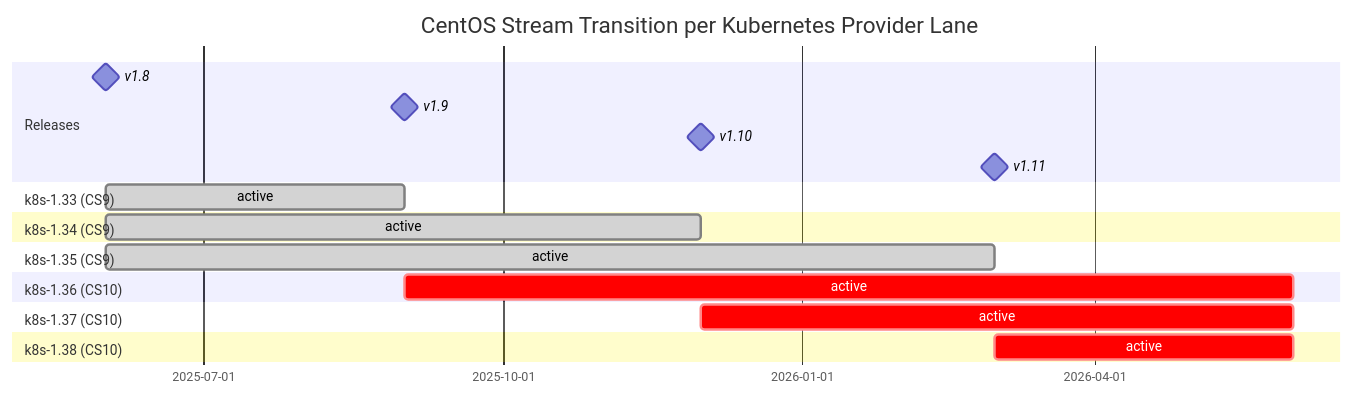
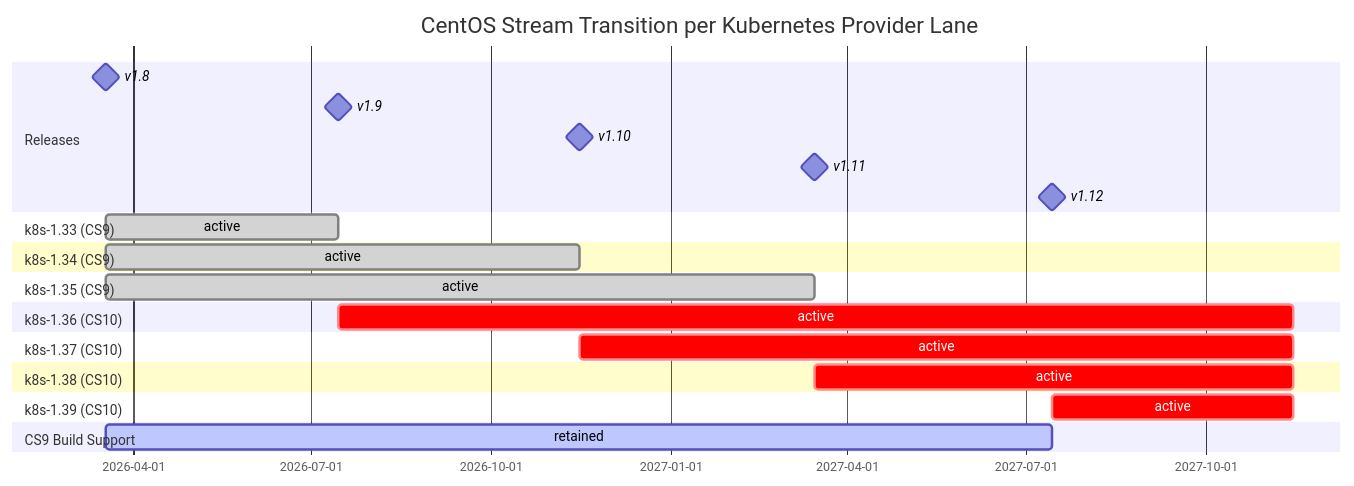
The diagram in veps/sig-compute/210-centos-stream-10/vep.md (kubevirt/enhancements), drawn with Mermaid before and after one commit. The commit also changed other lines of this file, not shown here.

First line of the commit message:
VEP 210: Fix Gantt chart release dates

````diff
--- a/veps/sig-compute/210-centos-stream-10/vep.md
+++ b/veps/sig-compute/210-centos-stream-10/vep.md
@@ -129,31 +131,38 @@
 ```mermaid
 gantt
     title CentOS Stream Transition per Kubernetes Provider Lane
     dateFormat YYYY-MM-DD
     tickInterval 3month
     todayMarker off
 
     section Releases
-    v1.8            :milestone, m1, 2025-06-01, 0d
-    v1.9            :milestone, m2, 2025-09-01, 0d
-    v1.10           :milestone, m3, 2025-12-01, 0d
-    v1.11           :milestone, m4, 2026-03-01, 0d
+    v1.8            :milestone, m1, 2026-03-18, 0d
+    v1.9            :milestone, m2, 2026-07-15, 0d
+    v1.10           :milestone, m3, 2026-11-15, 0d
+    v1.11           :milestone, m4, 2027-03-15, 0d
+    v1.12           :milestone, m5, 2027-07-15, 0d
 
     section k8s-1.33 (CS9)
-    active          :done, 2025-06-01, 2025-09-01
+    active          :done, 2026-03-18, 2026-07-15
 
     section k8s-1.34 (CS9)
-    active          :done, 2025-06-01, 2025-12-01
+    active          :done, 2026-03-18, 2026-11-15
 
     section k8s-1.35 (CS9)
-    active          :done, 2025-06-01, 2026-03-01
+    active          :done, 2026-03-18, 2027-03-15
 
     section k8s-1.36 (CS10)
-    active          :crit, 2025-09-01, 2026-06-01
+    active          :crit, 2026-07-15, 2027-11-15
 
     section k8s-1.37 (CS10)
-    active          :crit, 2025-12-01, 2026-06-01
+    active          :crit, 2026-11-15, 2027-11-15
 
     section k8s-1.38 (CS10)
-    active          :crit, 2026-03-01, 2026-06-01
+    active          :crit, 2027-03-15, 2027-11-15
+
+    section k8s-1.39 (CS10)
+    active          :crit, 2027-07-15, 2027-11-15
+
+    section CS9 Build Support
+    retained        :active, 2026-03-18, 2027-07-15
 ```
````
